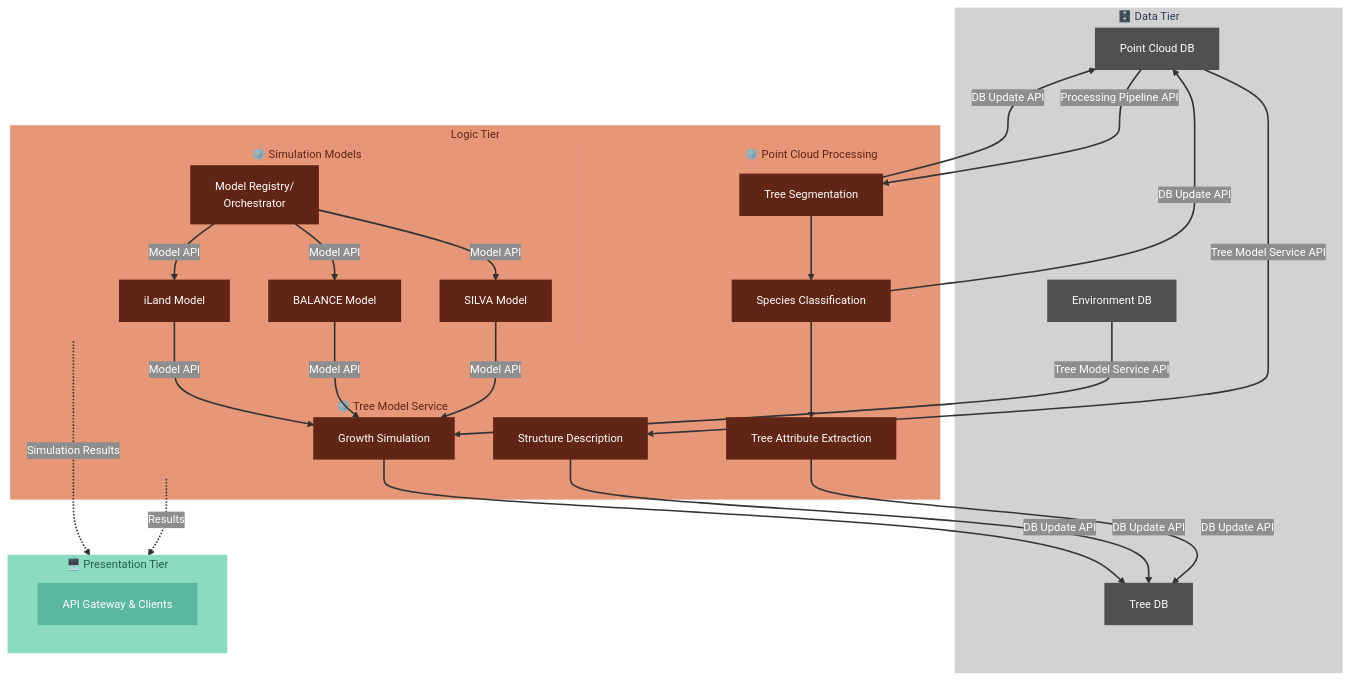
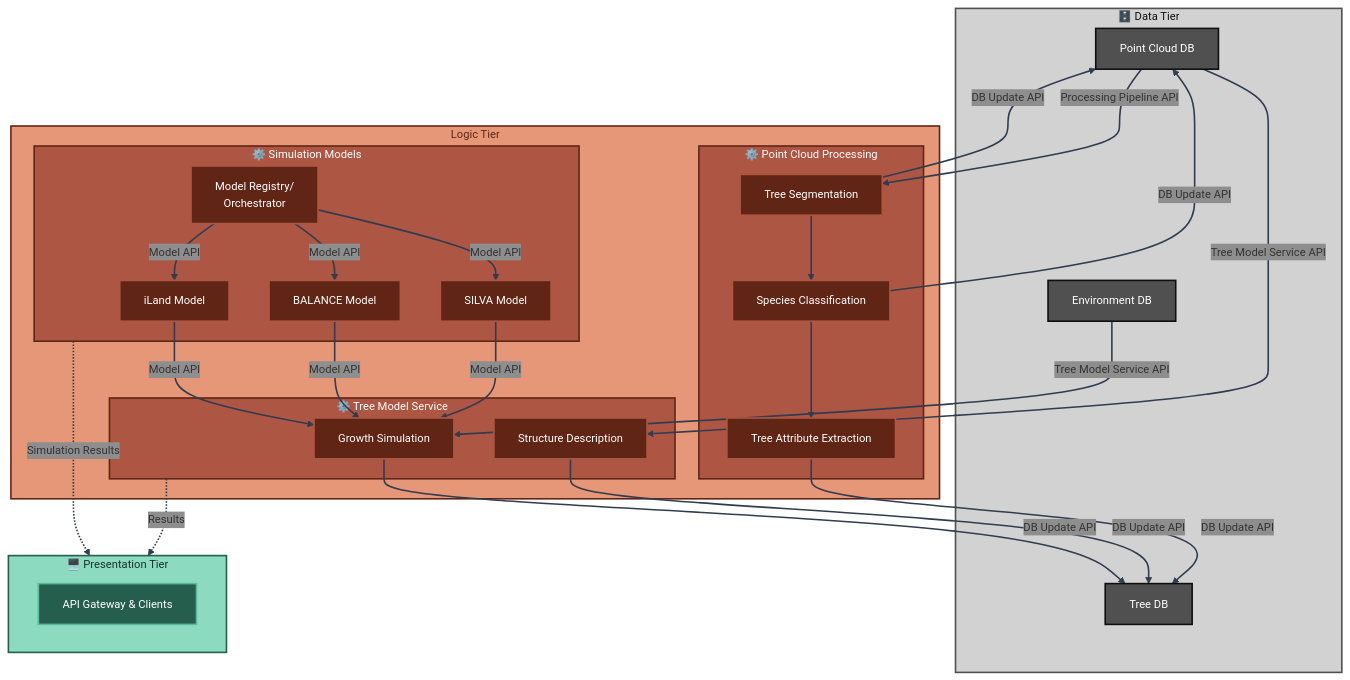
One commit to XRFutureForests/digital-twin-db changed the third of 4 diagrams in docs/architecture/detailed-architecture.md. Above: the diagram before and after it, drawn with Mermaid. The commit also changed other lines of this file and 13 other files, not shown here.

````diff
--- a/docs/architecture/detailed-architecture.md
+++ b/docs/architecture/detailed-architecture.md
@@ -173,81 +181,81 @@
 ```mermaid
 %%{
 init: {
 'theme': 'base',
 'themeVariables': {
 'fontSize': '14px',
 'secondaryColor': '#8e8e8e'
 }
 }
 }%%
 flowchart TB
 subgraph DATA_REF["🗄️ Data Tier"]
 DB1[Point Cloud DB]
 DB2[Tree DB]
 DB3[Environment DB]
 end
 
 subgraph LOGIC_TIER["Logic Tier"]
 subgraph PROCESSING["⚙️ Point Cloud Processing"]
 PC1[Tree Segmentation]
 PC2[Species Classification]
 PC3[Tree Attribute Extraction]
 end
 
 subgraph MODELS["⚙️ Simulation Models"]
 MR[Model Registry/<br/>Orchestrator]
 X1[SILVA Model]
 X2[BALANCE Model]
 X3[iLand Model]
 end
 
 subgraph TREE_MODEL["⚙️ Tree Model Service"]
 DT1[Structure Description]
 DT2[Growth Simulation]
 end
 end
 
 subgraph PRESENTATION_REF["🖥️ Presentation Tier"]
 P_REF[API Gateway & Clients]
 end
 
 DB1 -->|Processing Pipeline API| PC1
 PC1 --> PC2
 PC2 --> PC3
 PC1 -->|DB Update API| DB1
 PC2 -->|DB Update API| DB1
 PC3 -->|DB Update API| DB2
 
 DB1 -->|Tree Model Service API| DT1
 DT1 -->|DB Update API| DB2
 DB3 -->|Tree Model Service API| DT2
 DT2 -->|DB Update API| DB2
 
 MR -->|Model API| X1
 MR -->|Model API| X2
 MR -->|Model API| X3
 X1 -->|Model API| DT2
 X2 -->|Model API| DT2
 X3 -->|Model API| DT2
 
 TREE_MODEL -.->|Results| PRESENTATION_REF
 MODELS -.->|Simulation Results| PRESENTATION_REF
 
-classDef logicBack fill:#e59778,stroke:#e59778,stroke-width:2px,color:#612515
-classDef dataTier fill:#d2d2d2,stroke:#d2d2d2,stroke-width:2px,color:#313d4f
-classDef logicTier fill:#e59778,stroke:#e59778,stroke-width:2px,color:#612515
-classDef presentationTier fill:#8cdbc0,stroke:#8cdbc0,stroke-width:2px,color:#265e4d
-classDef dataNode fill:#505050,stroke:#505050,stroke-width:2px,color:#ffffff
-classDef logicNode fill:#612515,stroke:#612515,stroke-width:2px,color:#ffffff
-classDef presentationNode fill:#5cb89c,stroke:#5cb89c,stroke-width:2px,color:#ffffff
+classDef logicBack fill:#e59778,stroke:#612515,stroke-width:2px,color:#612515
+classDef dataTier fill:#d2d2d2,stroke:#505050,stroke-width:2px,color:#0f0f0f
+classDef logicTier fill:#ad5643,stroke:#612515,stroke-width:2px,color:#ffffff
+classDef presentationTier fill:#8cdbc0,stroke:#265e4d,stroke-width:2px,color:#183029
+classDef dataNode fill:#505050,stroke:#0f0f0f,stroke-width:2px,color:#ffffff
+classDef logicNode fill:#612515,stroke:#ad5643,stroke-width:2px,color:#ffffff
+classDef presentationNode fill:#265e4d,stroke:#5cb89c,stroke-width:2px,color:#ffffff
 
 class LOGIC_TIER logicBack
 class DATA_REF dataTier
 class DB1,DB2,DB3 dataNode
 class PROCESSING,MODELS,TREE_MODEL logicTier
 class PC1,PC2,PC3,MR,X1,X2,X3,DT1,DT2 logicNode
 class PRESENTATION_REF presentationTier
 class P_REF presentationNode
 
-linkStyle 0,1,2,3,4,5,6,7,8,9,10,11,12,13,14,15,16,17 stroke:#333333,stroke-width:2px,color:#ffffff
+linkStyle 0,1,2,3,4,5,6,7,8,9,10,11,12,13,14,15,16,17 stroke:#313d4f,stroke-width:2px
 ```
````
